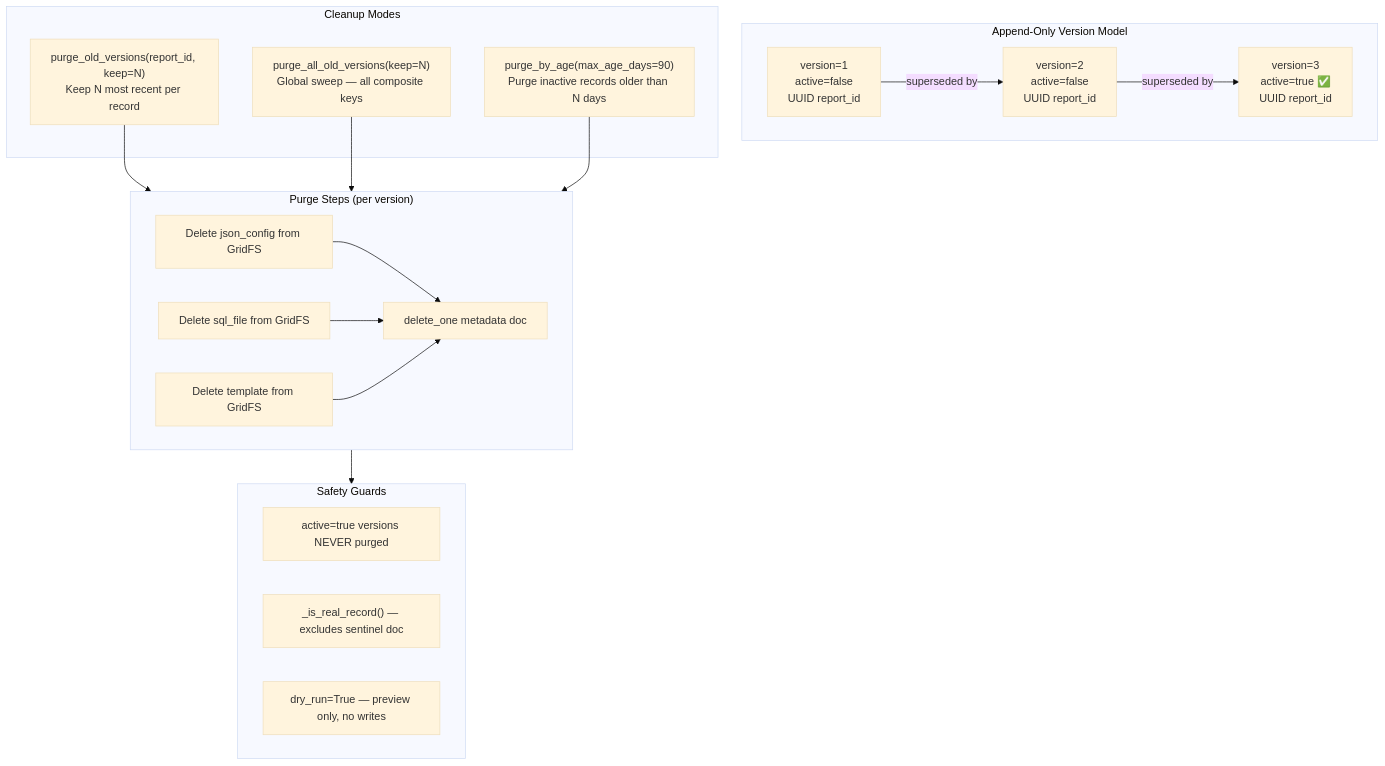
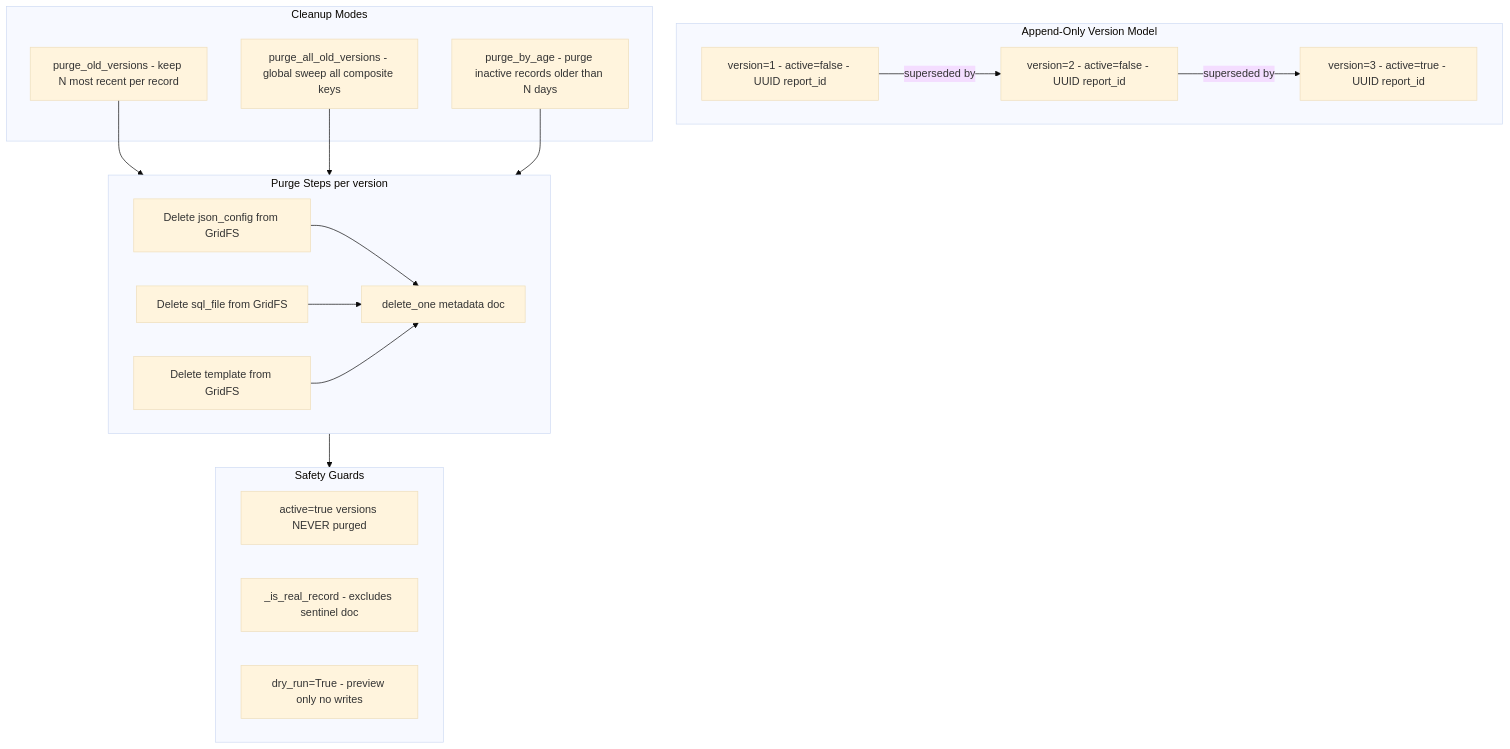
The seventh of 10 diagrams in DIAGRAMS.md (uktentu/mongo_file_manager), drawn with Mermaid (base theme) before and after one commit. The commit also changed other lines of this file, not shown here.

First line of the commit message:
fix: remove all backslash-n from Mermaid node labels in DIAGRAMS.md

````diff
--- a/DIAGRAMS.md
+++ b/DIAGRAMS.md
@@ -269,32 +269,32 @@
 ```mermaid
 flowchart TD
     subgraph VersionModel["Append-Only Version Model"]
-        V1["version=1\nactive=false\nUUID report_id"]
-        V2["version=2\nactive=false\nUUID report_id"]
-        V3["version=3\nactive=true  ✅\nUUID report_id"]
+        V1["version=1 - active=false - UUID report_id"]
+        V2["version=2 - active=false - UUID report_id"]
+        V3["version=3 - active=true - UUID report_id"]
         V1 -->|superseded by| V2 -->|superseded by| V3
     end
 
     subgraph CleanupModes["Cleanup Modes"]
-        CM1["purge_old_versions(report_id, keep=N)\nKeep N most recent per record"]
-        CM2["purge_all_old_versions(keep=N)\nGlobal sweep — all composite keys"]
-        CM3["purge_by_age(max_age_days=90)\nPurge inactive records older than N days"]
+        CM1["purge_old_versions - keep N most recent per record"]
+        CM2["purge_all_old_versions - global sweep all composite keys"]
+        CM3["purge_by_age - purge inactive records older than N days"]
     end
 
-    subgraph PurgeSteps["Purge Steps (per version)"]
+    subgraph PurgeSteps["Purge Steps per version"]
         P1["Delete json_config from GridFS"]
         P2["Delete sql_file from GridFS"]
         P3["Delete template from GridFS"]
         P4["delete_one metadata doc"]
         P1 & P2 & P3 --> P4
     end
 
     subgraph Guards["Safety Guards"]
         G1["active=true versions NEVER purged"]
-        G2["_is_real_record() — excludes sentinel doc"]
-        G3["dry_run=True — preview only, no writes"]
+        G2["_is_real_record - excludes sentinel doc"]
+        G3["dry_run=True - preview only no writes"]
     end
 
     CM1 & CM2 & CM3 --> PurgeSteps
     PurgeSteps --> Guards
 ```
````
